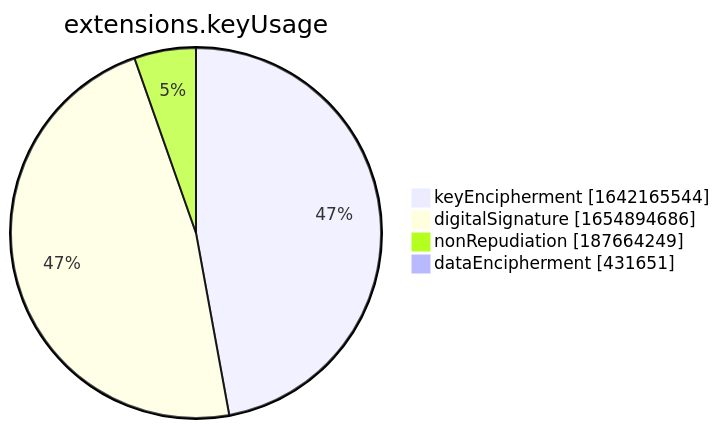
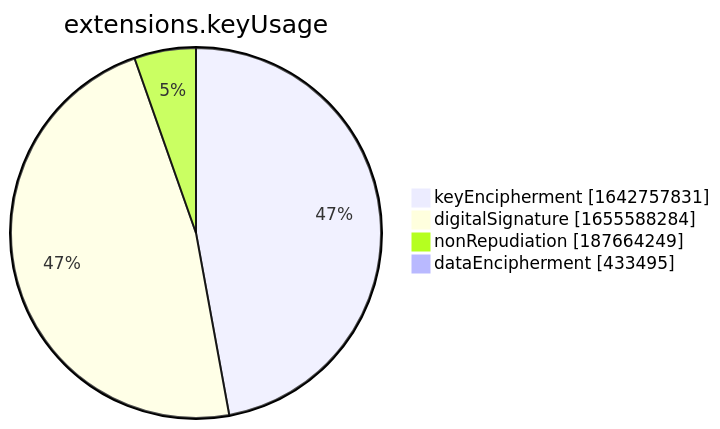
Before and after one commit to christiankrug/ctmonitor_visualization: the seventh of 15 diagrams in xenon2022/README.md, drawn with Mermaid. The commit also changed other lines of this file, not shown here.

````diff
--- a/xenon2022/README.md
+++ b/xenon2022/README.md
@@ -2856,8 +2856,8 @@
 ```mermaid
 pie showData
 title extensions.keyUsage
-"keyEncipherment" :1642165544
-"digitalSignature" :1654894686
+"keyEncipherment" :1642757831
+"digitalSignature" :1655588284
 "nonRepudiation" :187664249
-"dataEncipherment" :431651
+"dataEncipherment" :433495
 ```
````
